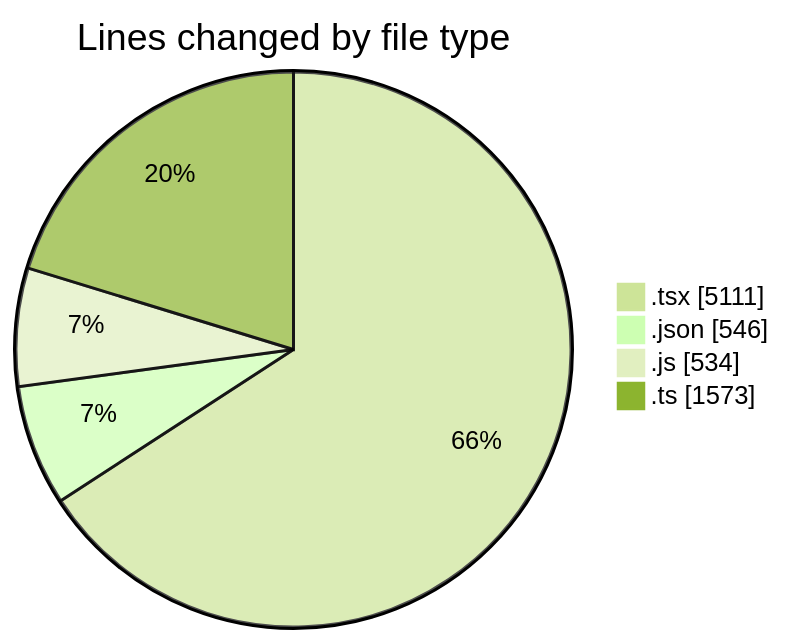
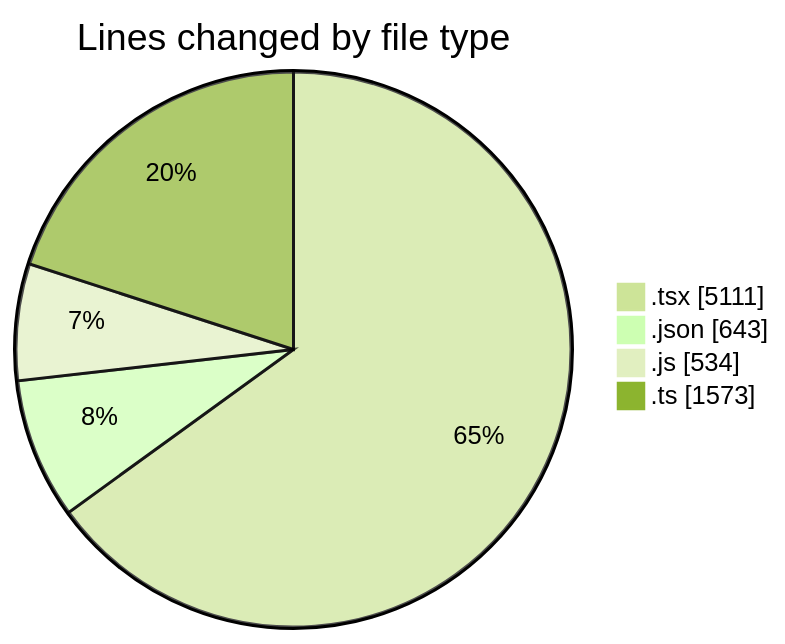
The first of 2 diagrams in 2026-08-07/cda/README.md (momahboobian/code-tracking), drawn with Mermaid (forest theme) before and after one commit. The commit also changed other lines of this file and 1 other file, not shown here.

````diff
--- a/2026-08-07/cda/README.md
+++ b/2026-08-07/cda/README.md
@@ -33,8 +33,8 @@
 ```mermaid
 pie showData
 title Lines changed by file type
 ".tsx" : 5111
-".json" : 546
+".json" : 643
 ".js" : 534
 ".ts" : 1573
 ```
````
